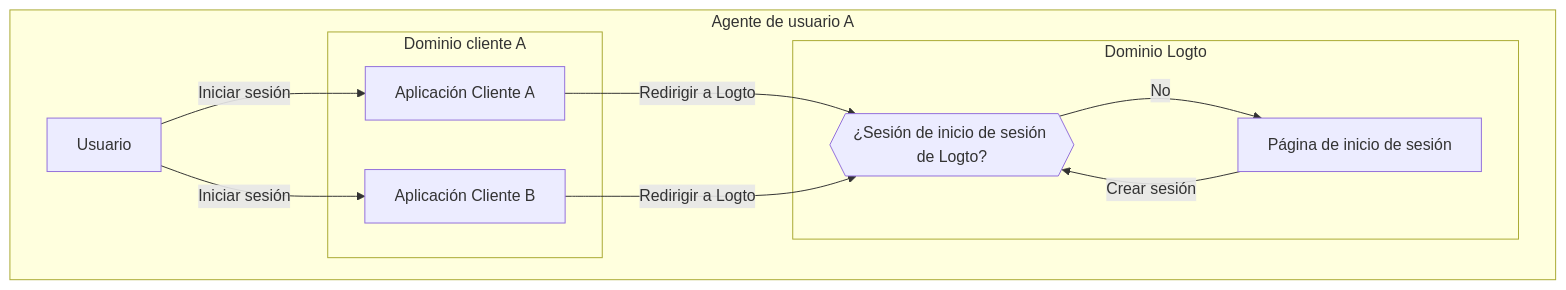
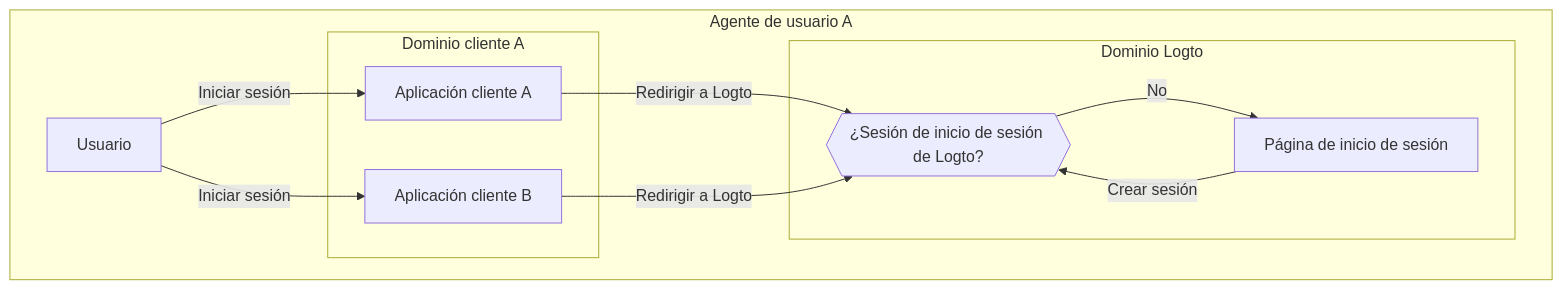
One commit to logto-io/docs changed the second of 3 diagrams in i18n/es/docusaurus-plugin-content-docs/current/end-user-flows/sign-out.mdx. Above: the diagram before and after it, drawn with Mermaid. The commit also changed other lines of this file and 67 other files, not shown here.

````diff
--- a/i18n/es/docusaurus-plugin-content-docs/current/end-user-flows/sign-out.mdx
+++ b/i18n/es/docusaurus-plugin-content-docs/current/end-user-flows/sign-out.mdx
@@ -59,26 +59,26 @@
    ```mermaid
     flowchart TD
-    subgraph User [Agente de usuario A]
+    subgraph Usuario [Agente de usuario A]
       U[Usuario]
 
-      subgraph Layer1 [Dominio cliente A]
-        A[Aplicación Cliente A]
+      subgraph Capa1 [Dominio cliente A]
+        A[Aplicación cliente A]
       end
 
-      subgraph Layer1 [Dominio cliente B]
-        B[Aplicación Cliente B]
+      subgraph Capa1 [Dominio cliente B]
+        B[Aplicación cliente B]
       end
 
-      subgraph Layer2 [Dominio Logto]
+      subgraph Capa2 [Dominio Logto]
           C{{¿Sesión de inicio de sesión de Logto?}}
           D[Página de inicio de sesión]
       end
     end
 
     U --> |Iniciar sesión| A
     A --> |Redirigir a Logto| C
     U --> |Iniciar sesión| B
     B --> |Redirigir a Logto| C
     C --> |No| D
     D --> |Crear sesión| C
    ```
````
